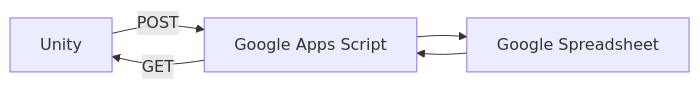
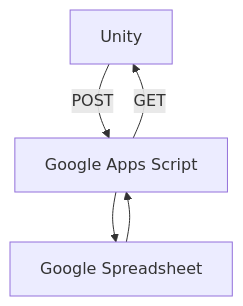
Before and after one commit to karechi-na/GAS_Test: the second of 2 diagrams in README.md, drawn with Mermaid. The commit also changed other lines of this file, not shown here.

````diff
--- a/README.md
+++ b/README.md
@@ -71,7 +112,7 @@
 ```mermaid
-graph LR
+graph TD
     A[Unity] -->|POST| B[Google Apps Script]
     B --> C[Google Spreadsheet]
     C --> B
     B -->|GET| A
 ```
````
